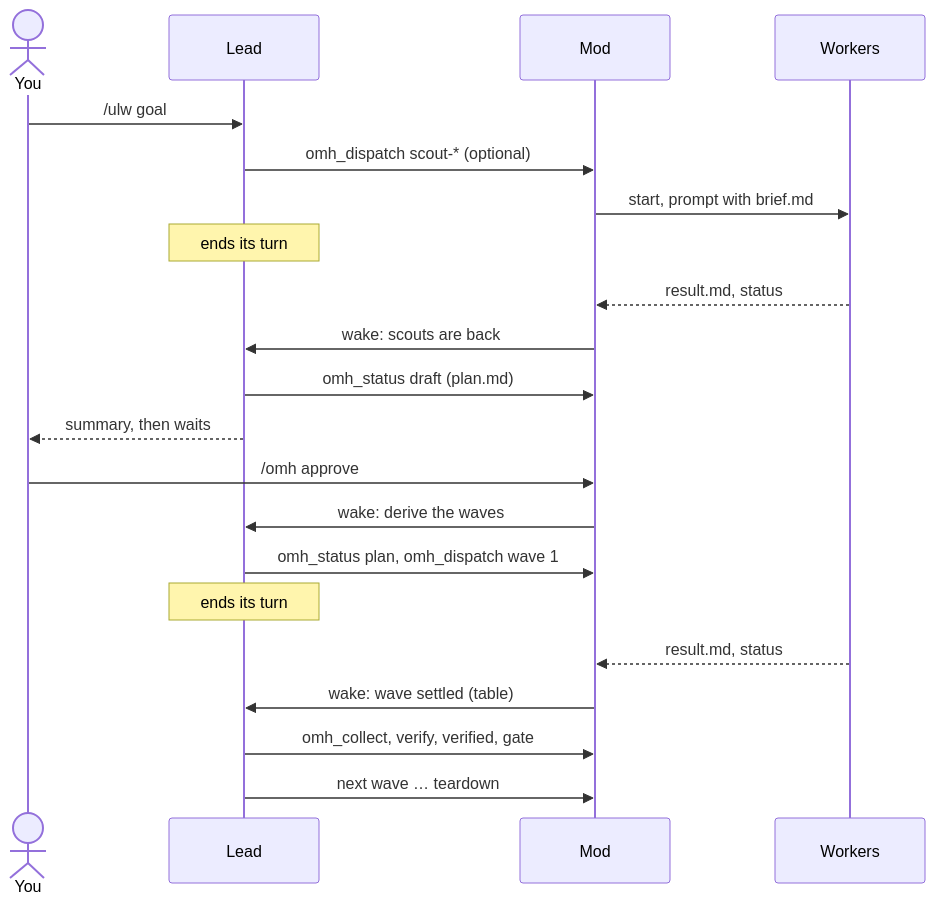
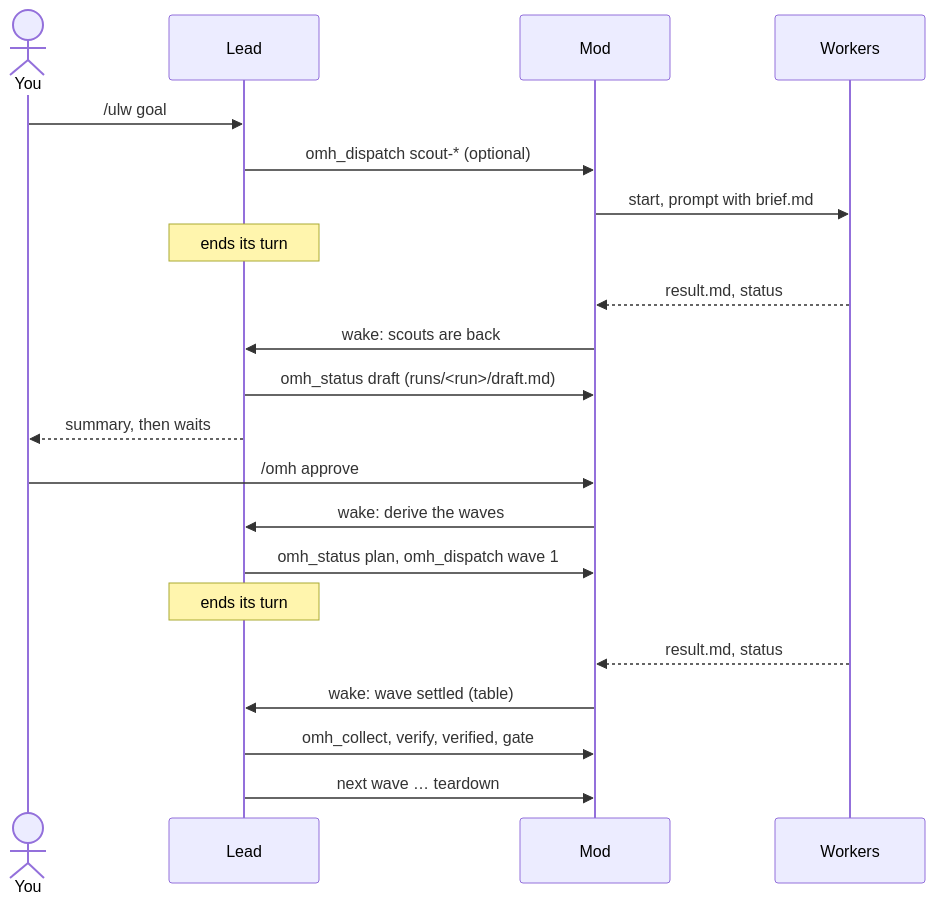
One commit to andyjjrt/oh-my-herdr changed the second of 4 diagrams in docs/architecture.md. Above: the diagram before and after it, drawn with Mermaid. The commit also changed other lines of this file and 18 other files, not shown here.

````diff
--- a/docs/architecture.md
+++ b/docs/architecture.md
@@ -47,23 +47,23 @@
 ```mermaid
 sequenceDiagram
   actor U as You
   participant L as Lead
   participant M as Mod
   participant W as Workers
   U->>L: /ulw goal
   L->>M: omh_dispatch scout-* (optional)
   M->>W: start, prompt with brief.md
   Note over L: ends its turn
   W-->>M: result.md, status
   M->>L: wake: scouts are back
-  L->>M: omh_status draft (plan.md)
+  L->>M: omh_status draft (runs/<run>/draft.md)
   L-->>U: summary, then waits
   U->>M: /omh approve
   M->>L: wake: derive the waves
   L->>M: omh_status plan, omh_dispatch wave 1
   Note over L: ends its turn
   W-->>M: result.md, status
   M->>L: wake: wave settled (table)
   L->>M: omh_collect, verify, verified, gate
   L->>M: next wave … teardown
 ```
````
